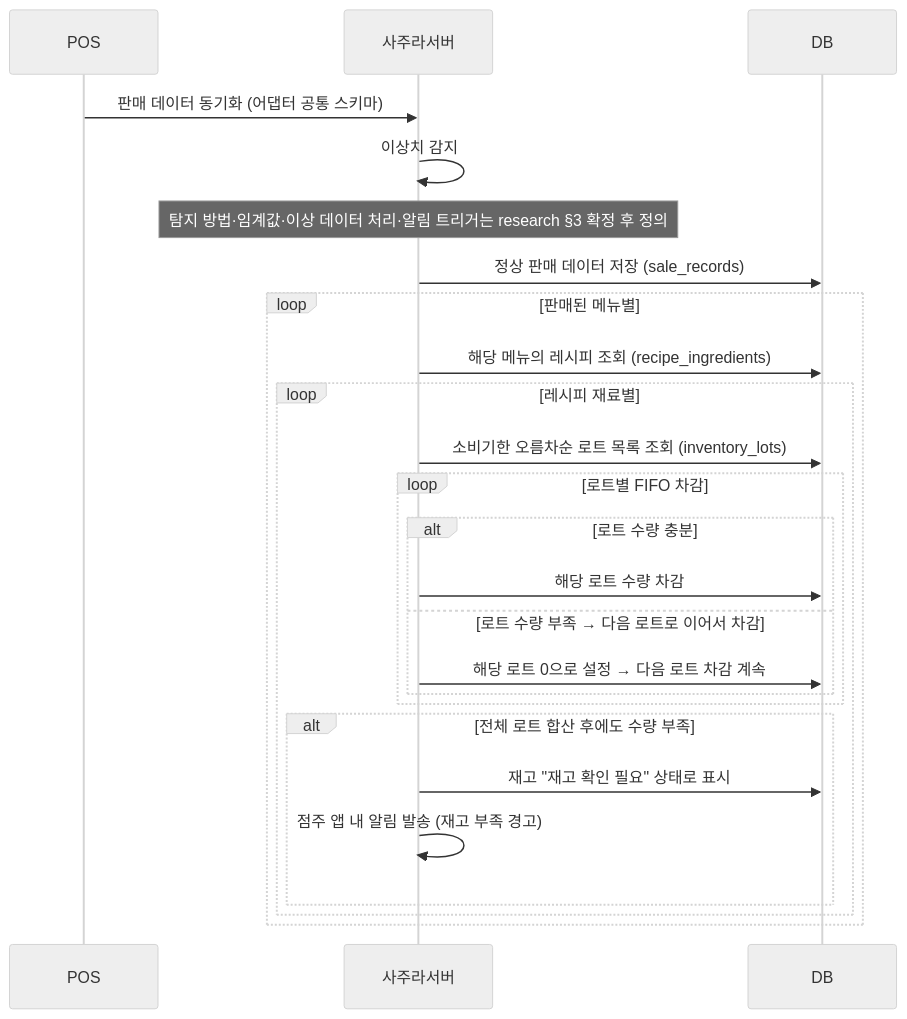
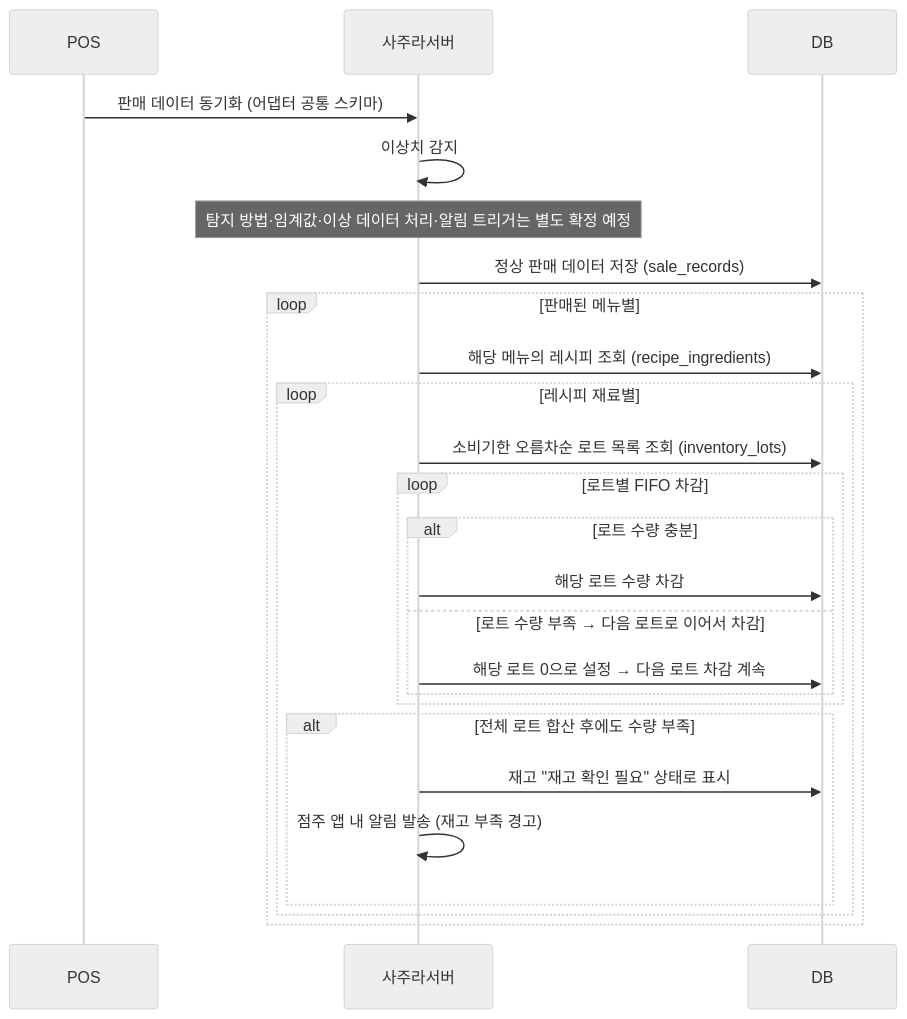
One commit to h-taek/CapstoneDesign-Sajura changed the fifth of 7 diagrams in docs/spec/06_sequence.md. Above: the diagram before and after it, drawn with Mermaid (neutral theme). The commit also changed other lines of this file and 14 other files, not shown here.

````diff
--- a/docs/spec/06_sequence.md
+++ b/docs/spec/06_sequence.md
@@ -257,29 +257,29 @@
 ```mermaid
 sequenceDiagram
     participant POS
     participant 사주라서버
     participant DB
 
     POS->>사주라서버: 판매 데이터 동기화 (어댑터 공통 스키마)
     사주라서버->>사주라서버: 이상치 감지
-    Note over 사주라서버: 탐지 방법·임계값·이상 데이터 처리·알림 트리거는 research §3 확정 후 정의
+    Note over 사주라서버: 탐지 방법·임계값·이상 데이터 처리·알림 트리거는 별도 확정 예정
     사주라서버->>DB: 정상 판매 데이터 저장 (sale_records)
 
     loop 판매된 메뉴별
         사주라서버->>DB: 해당 메뉴의 레시피 조회 (recipe_ingredients)
         loop 레시피 재료별
             사주라서버->>DB: 소비기한 오름차순 로트 목록 조회 (inventory_lots)
             loop 로트별 FIFO 차감
                 alt 로트 수량 충분
                     사주라서버->>DB: 해당 로트 수량 차감
                 else 로트 수량 부족 → 다음 로트로 이어서 차감
                     사주라서버->>DB: 해당 로트 0으로 설정 → 다음 로트 차감 계속
                 end
             end
             alt 전체 로트 합산 후에도 수량 부족
                 사주라서버->>DB: 재고 "재고 확인 필요" 상태로 표시
                 사주라서버->>사주라서버: 점주 앱 내 알림 발송 (재고 부족 경고)
             end
         end
     end
 ```
````
